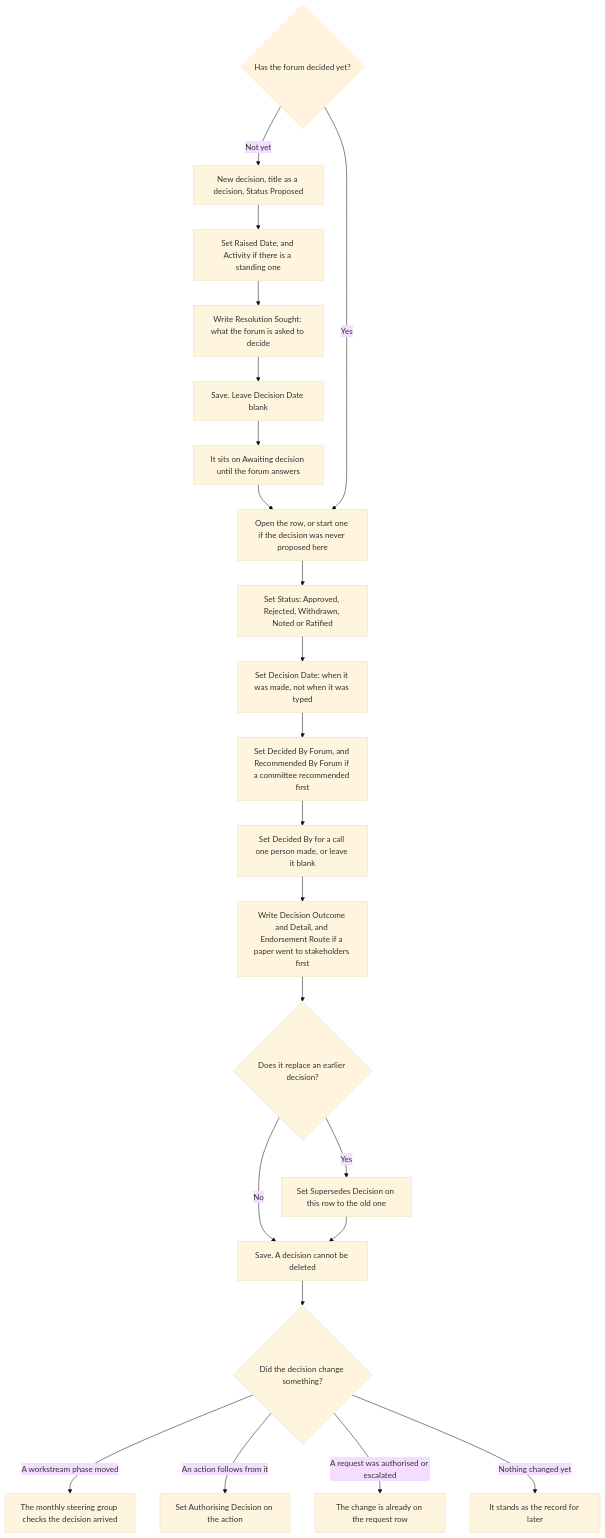
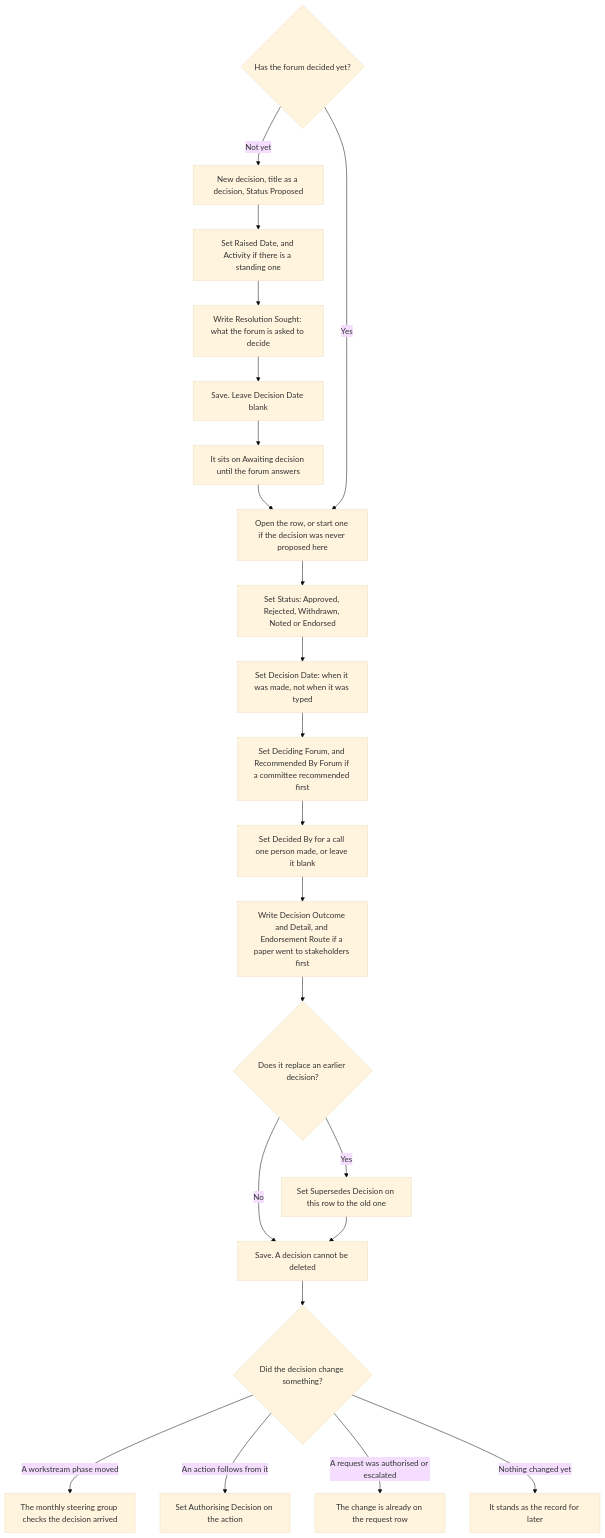
One commit to firmfooting/dbml-sharepoint changed the diagram in src/dbml_sharepoint/solutions/programme-governance/40-adopt/workflows/record-a-decision.md. Above: the diagram before and after it, drawn with Mermaid (base theme). The commit also changed other lines of this file and 10 other files, not shown here.

````diff
--- a/src/dbml_sharepoint/solutions/programme-governance/40-adopt/workflows/record-a-decision.md
+++ b/src/dbml_sharepoint/solutions/programme-governance/40-adopt/workflows/record-a-decision.md
@@ -13,25 +13,25 @@
 ```mermaid
 flowchart TD
     A{"Has the forum decided yet?"}
     A -- "Not yet" --> P1["New decision, title as a decision, Status Proposed"]
     P1 --> P2["Set Raised Date, and Activity if there is a standing one"]
     P2 --> P3["Write Resolution Sought: what the forum is asked to decide"]
     P3 --> P4["Save. Leave Decision Date blank"]
     P4 --> P5["It sits on Awaiting decision until the forum answers"]
     P5 --> B
     A -- "Yes" --> B["Open the row, or start one if the decision was never proposed here"]
-    B --> C["Set Status: Approved, Rejected, Withdrawn, Noted or Ratified"]
+    B --> C["Set Status: Approved, Rejected, Withdrawn, Noted or Endorsed"]
     C --> D["Set Decision Date: when it was made, not when it was typed"]
-    D --> E["Set Decided By Forum, and Recommended By Forum if a committee recommended first"]
+    D --> E["Set Deciding Forum, and Recommended By Forum if a committee recommended first"]
     E --> F["Set Decided By for a call one person made, or leave it blank"]
     F --> G["Write Decision Outcome and Detail, and Endorsement Route if a paper went to stakeholders first"]
     G --> G2{"Does it replace an earlier decision?"}
     G2 -- "Yes" --> G3["Set Supersedes Decision on this row to the old one"]
     G2 -- "No" --> H
     G3 --> H["Save. A decision cannot be deleted"]
     H --> I{"Did the decision change something?"}
     I -- "A workstream phase moved" --> J["The monthly steering group checks the decision arrived"]
     I -- "An action follows from it" --> K["Set Authorising Decision on the action"]
     I -- "A request was authorised or escalated" --> L["The change is already on the request row"]
     I -- "Nothing changed yet" --> M["It stands as the record for later"]
 ```
````
